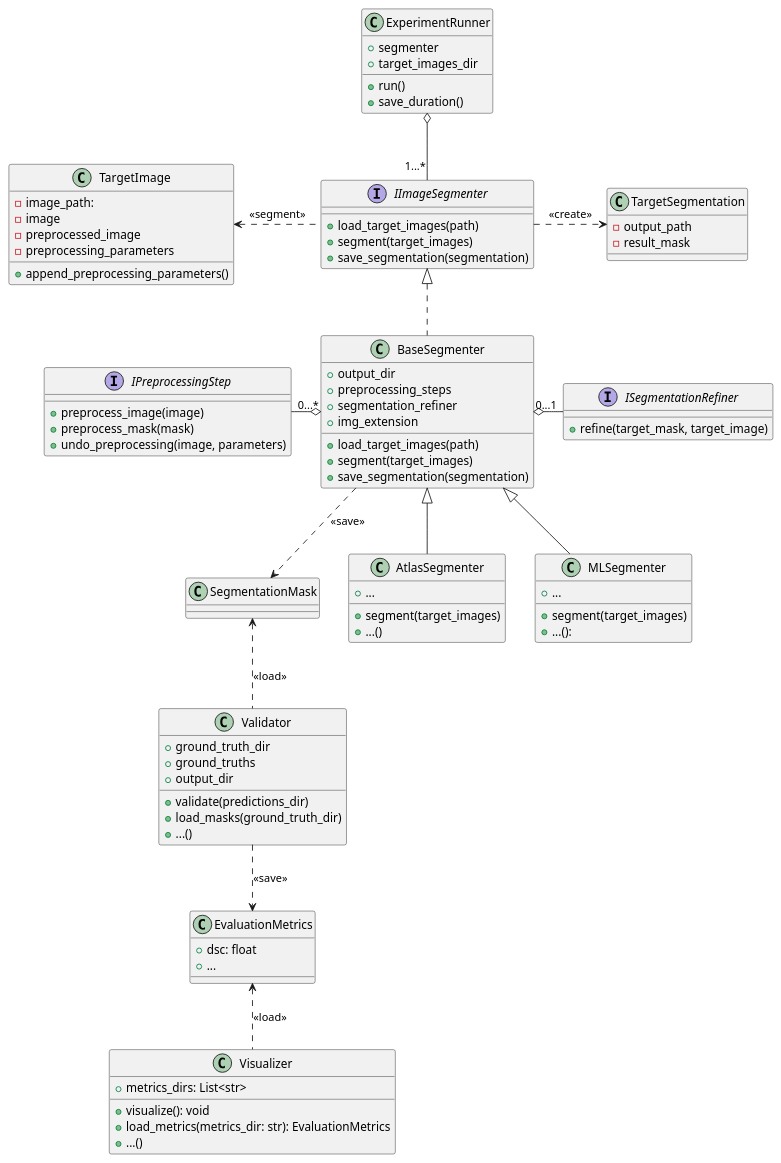
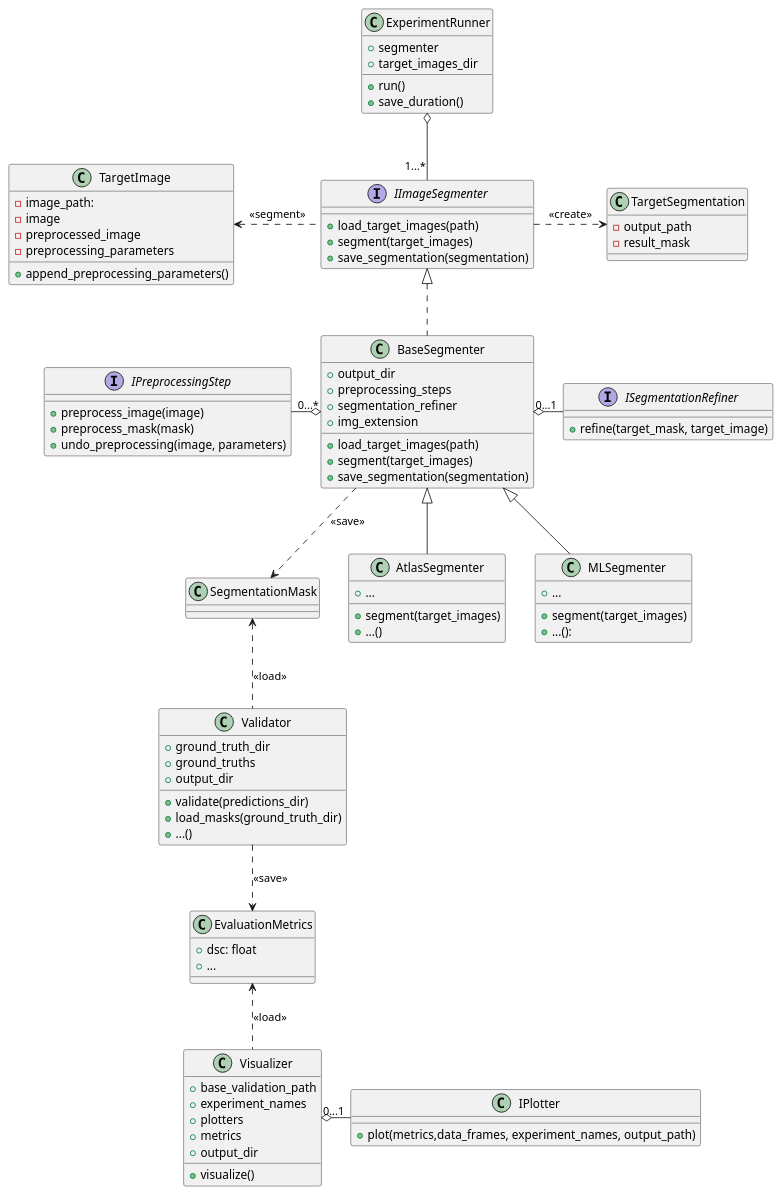
One commit to P4u14/diplomarbeit changed the diagram in general-framework-structure-vereinfacht.puml. Above: the diagram before and after it, drawn with PlantUML. The commit also changed 12 other files, not shown here.

```diff
--- a/general-framework-structure-vereinfacht.puml
+++ b/general-framework-structure-vereinfacht.puml
@@ -1,107 +1,113 @@
 @startuml
 
 class ExperimentRunner {
     + segmenter
     + target_images_dir
     + run()
     + save_duration()
 }
 
 interface IImageSegmenter {
     + load_target_images(path)
     + segment(target_images)
     + save_segmentation(segmentation)
 }
 
 class BaseSegmenter {
     + output_dir
     + preprocessing_steps
     + segmentation_refiner
     + img_extension
     + load_target_images(path)
     + segment(target_images)
     + save_segmentation(segmentation)
 }
 
 class AtlasSegmenter {
     + ...
     + segment(target_images)
     + ...()
 }
 
 class MLSegmenter {
     + ...
     + segment(target_images)
     + ...():
 }
 
 interface IPreprocessingStep {
     + preprocess_image(image)
     + preprocess_mask(mask)
     + undo_preprocessing(image, parameters)
 }
 
 interface ISegmentationRefiner {
     + refine(target_mask, target_image)
 }
 
 IImageSegmenter <|.. BaseSegmenter
 BaseSegmenter <|-d- AtlasSegmenter
 BaseSegmenter <|-d- MLSegmenter
 ExperimentRunner o-- "1...*" IImageSegmenter
 BaseSegmenter o-l- "0...*" IPreprocessingStep
 BaseSegmenter o-r- "0...1" ISegmentationRefiner
 
 
 
 class TargetSegmentation {
     - output_path
     - result_mask
 }
 
 class TargetImage {
     - image_path:
     - image
     - preprocessed_image
     - preprocessing_parameters
     + append_preprocessing_parameters()
 }
 
 IImageSegmenter .r.> TargetSegmentation : <<create>>
 IImageSegmenter .l.> TargetImage : <<segment>>
 
 class SegmentationMask {
 }
 
 BaseSegmenter .d.> SegmentationMask : <<save>>
 
 
 class Validator {
     + ground_truth_dir
     + ground_truths
     + output_dir
     + validate(predictions_dir)
     + load_masks(ground_truth_dir)
     + ...()
 }
 
 Validator .u.> SegmentationMask : <<load>>
 
 class EvaluationMetrics {
     + dsc: float
     + ...
 }
 
 Validator .d.> EvaluationMetrics : <<save>>
 
 class Visualizer {
-    + metrics_dirs: List<str>
-    + visualize(): void
-    + load_metrics(metrics_dir: str): EvaluationMetrics
-    + ...()
+    + base_validation_path
+    + experiment_names
+    + plotters
+    + metrics
+    + output_dir
+    + visualize()
+}
+
+class IPlotter {
+    + plot(metrics,data_frames, experiment_names, output_path)
 }
 
 Visualizer .u.> EvaluationMetrics : <<load>>
-
+Visualizer o-r- "0...1" IPlotter
 
 @enduml
```
